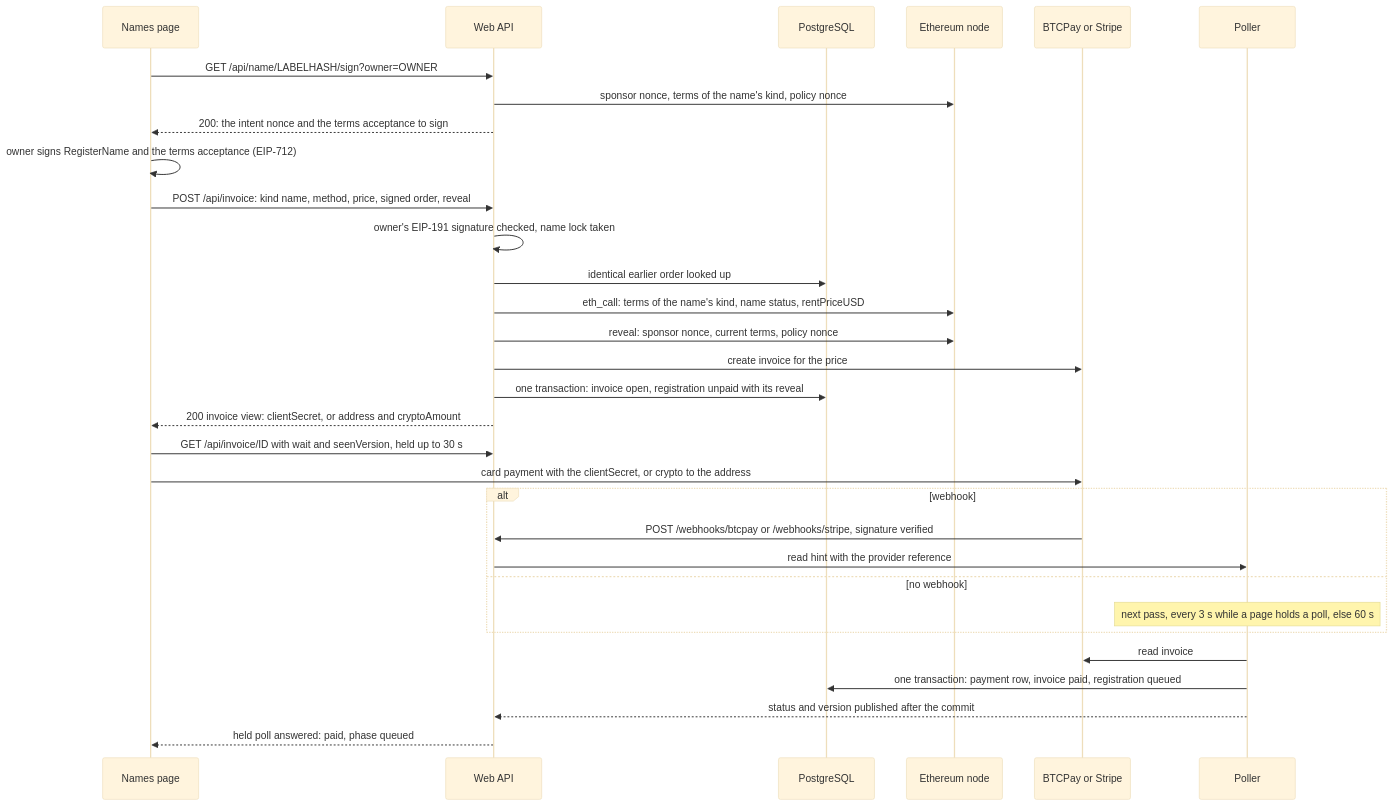
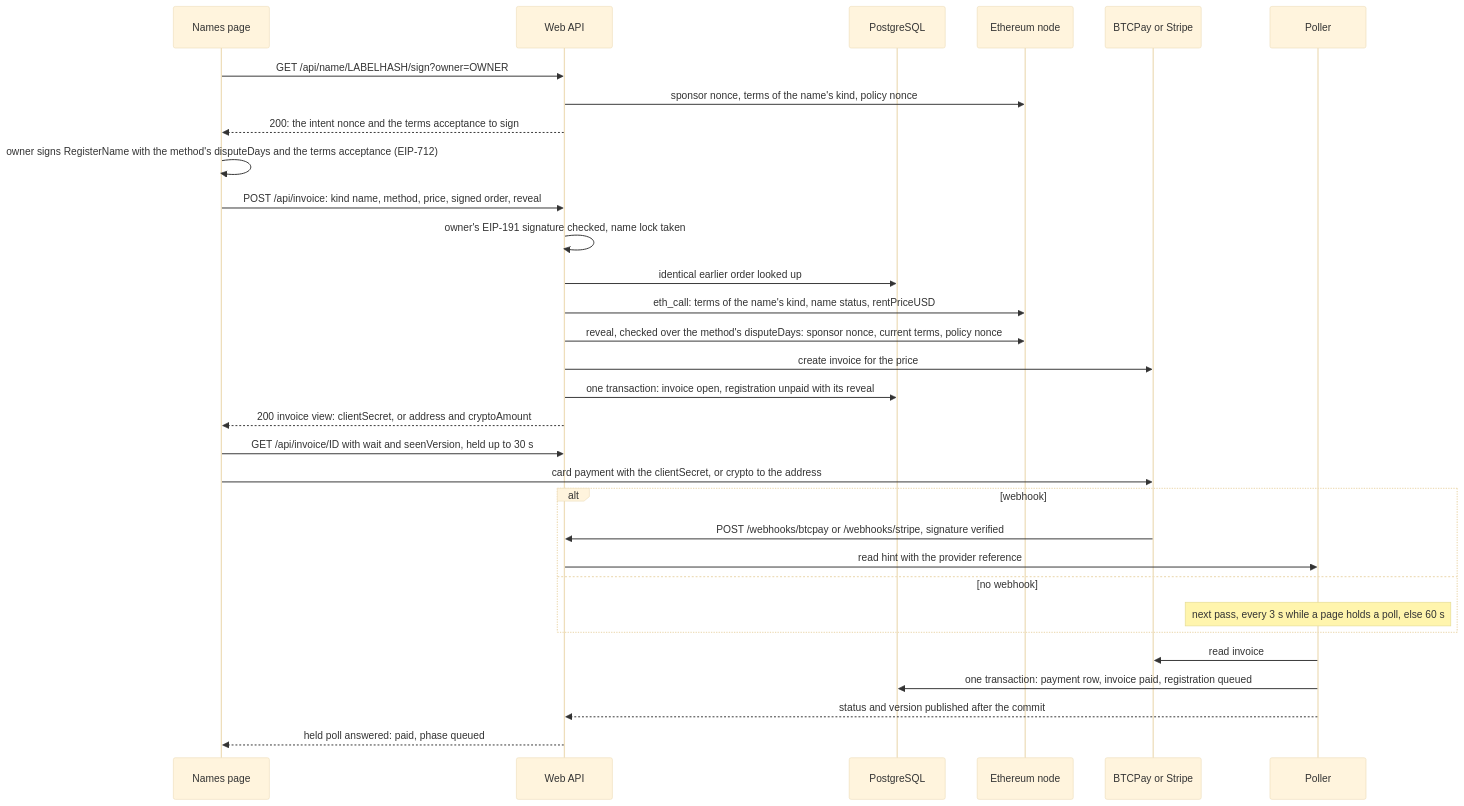
One commit to simplex-chat/simplex-chat changed the second of 15 diagrams in apps/simplex-store-service/docs/names.md. Above: the diagram before and after it, drawn with Mermaid (base theme). The commit also changed other lines of this file and 37 other files, not shown here.

First line of the commit message:
store: dispute days by payment, and ended names

````diff
--- a/apps/simplex-store-service/docs/names.md
+++ b/apps/simplex-store-service/docs/names.md
@@ -158,33 +158,33 @@
 ```mermaid
 sequenceDiagram
   participant P as Names page
   participant W as Web API
   participant D as PostgreSQL
   participant E as Ethereum node
   participant V as BTCPay or Stripe
   participant L as Poller
   P->>W: GET /api/name/LABELHASH/sign?owner=OWNER
   W->>E: sponsor nonce, terms of the name's kind, policy nonce
   W-->>P: 200: the intent nonce and the terms acceptance to sign
-  P->>P: owner signs RegisterName and the terms acceptance (EIP-712)
+  P->>P: owner signs RegisterName with the method's disputeDays and the terms acceptance (EIP-712)
   P->>W: POST /api/invoice: kind name, method, price, signed order, reveal
   W->>W: owner's EIP-191 signature checked, name lock taken
   W->>D: identical earlier order looked up
   W->>E: eth_call: terms of the name's kind, name status, rentPriceUSD
-  W->>E: reveal: sponsor nonce, current terms, policy nonce
+  W->>E: reveal, checked over the method's disputeDays: sponsor nonce, current terms, policy nonce
   W->>V: create invoice for the price
   W->>D: one transaction: invoice open, registration unpaid with its reveal
   W-->>P: 200 invoice view: clientSecret, or address and cryptoAmount
   P->>W: GET /api/invoice/ID with wait and seenVersion, held up to 30 s
   P->>V: card payment with the clientSecret, or crypto to the address
   alt webhook
     V->>W: POST /webhooks/btcpay or /webhooks/stripe, signature verified
     W->>L: read hint with the provider reference
   else no webhook
     Note over L: next pass, every 3 s while a page holds a poll, else 60 s
   end
   L->>V: read invoice
   L->>D: one transaction: payment row, invoice paid, registration queued
   L-->>W: status and version published after the commit
   W-->>P: held poll answered: paid, phase queued
 ```
````
